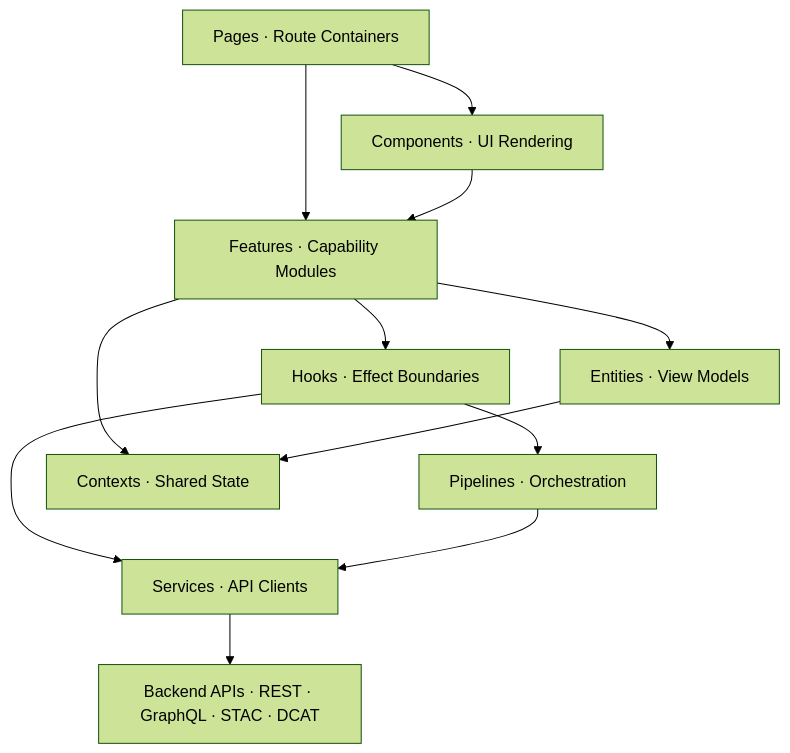
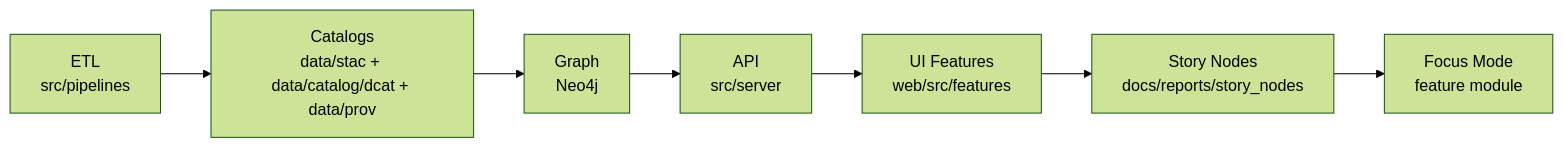
One commit to bartytime4life/Kansas-Frontier-Matrix changed the first of 2 diagrams in web/src/features/README.md. Above: the diagram before and after it, drawn with Mermaid (forest theme). The commit also changed other lines of this file, not shown here.

First line of the commit message:
Revise README for web features layer to v1.0.0

```diff
--- a/web/src/features/README.md
+++ b/web/src/features/README.md
@@ -278,16 +220,9 @@
 ~~~mermaid
-flowchart TD
-  P[Pages · Route Containers] --> C[Components · UI Rendering]
-  P --> F[Features · Capability Modules]
-  C --> F
-
-  F --> E[Entities · View Models]
-  F --> H[Hooks · Effect Boundaries]
-  H --> S[Services · API Clients]
-  H --> PL[Pipelines · Orchestration]
-  F --> X[Contexts · Shared State]
-
-  PL --> S
-  S --> API[Backend APIs · REST · GraphQL · STAC · DCAT]
-  E --> X
+flowchart LR
+  A[ETL<br/>src/pipelines] --> B[Catalogs<br/>data/stac + data/catalog/dcat + data/prov]
+  B --> C[Graph<br/>Neo4j]
+  C --> D[API<br/>src/server]
+  D --> E[UI Features<br/>web/src/features]
+  E --> F[Story Nodes<br/>docs/reports/story_nodes]
+  F --> G[Focus Mode<br/>feature module]
 ~~~
```
